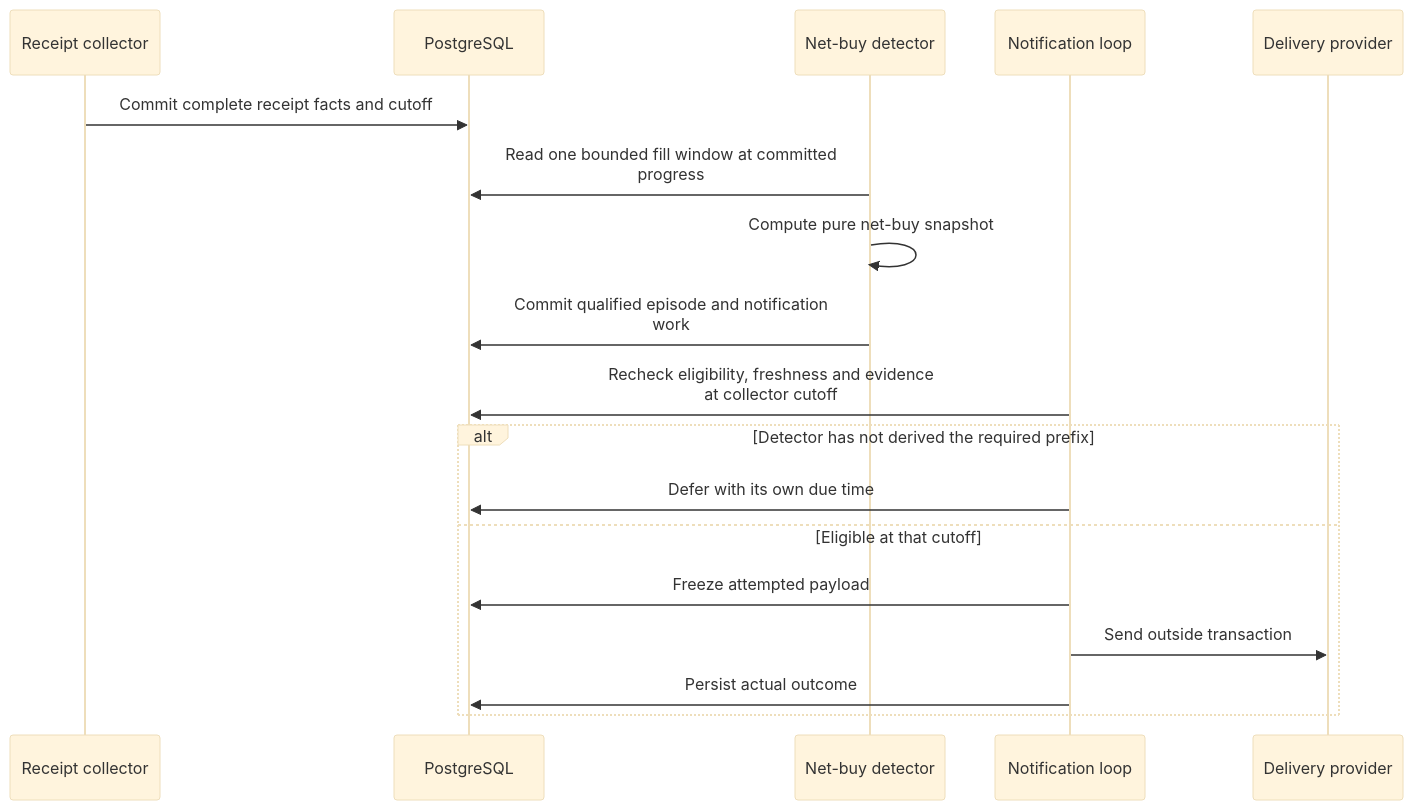
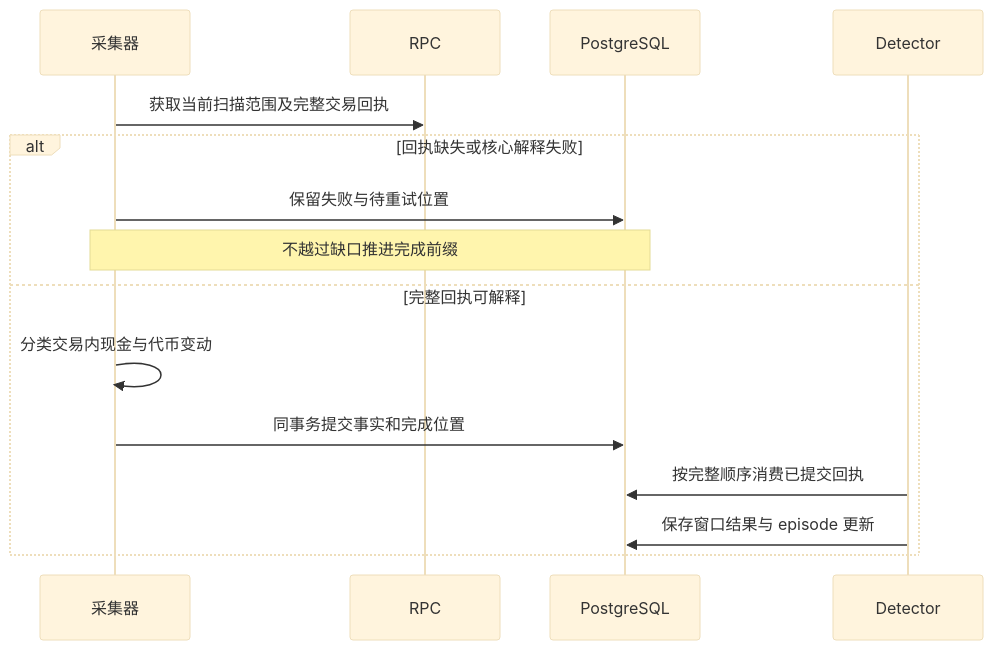
The second of 2 diagrams in docs/modules/wallets.md (AnalyThothAI/tracefold), drawn with Mermaid (base theme) before and after one commit. The commit also changed other lines of this file and 28 other files, not shown here.

Commit message:
docs: rebuild the Chinese architecture and module handbook

````diff
--- a/docs/modules/wallets.md
+++ b/docs/modules/wallets.md
@@ -76,20 +60,17 @@
 ```mermaid
 sequenceDiagram
-    participant T as Receipt collector
+    participant C as 采集器
+    participant R as RPC
     participant D as PostgreSQL
-    participant N as Net-buy detector
-    participant S as Notification loop
-    participant P as Delivery provider
-    T->>D: Commit complete receipt facts and cutoff
-    N->>D: Read one bounded fill window at committed<br/>progress
-    N->>N: Compute pure net-buy snapshot
-    N->>D: Commit qualified episode and notification<br/>work
-    S->>D: Recheck eligibility, freshness and evidence<br/>at collector cutoff
-    alt Detector has not derived the required prefix
-        S->>D: Defer with its own due time
-    else Eligible at that cutoff
-        S->>D: Freeze attempted payload
-        S->>P: Send outside transaction
-        S->>D: Persist actual outcome
+    participant N as Detector
+    C->>R: 获取当前扫描范围及完整交易回执
+    alt 回执缺失或核心解释失败
+        C->>D: 保留失败与待重试位置
+        Note over C,D: 不越过缺口推进完成前缀
+    else 完整回执可解释
+        C->>C: 分类交易内现金与代币变动
+        C->>D: 同事务提交事实和完成位置
+        N->>D: 按完整顺序消费已提交回执
+        N->>D: 保存窗口结果与 episode 更新
     end
 ```
````
